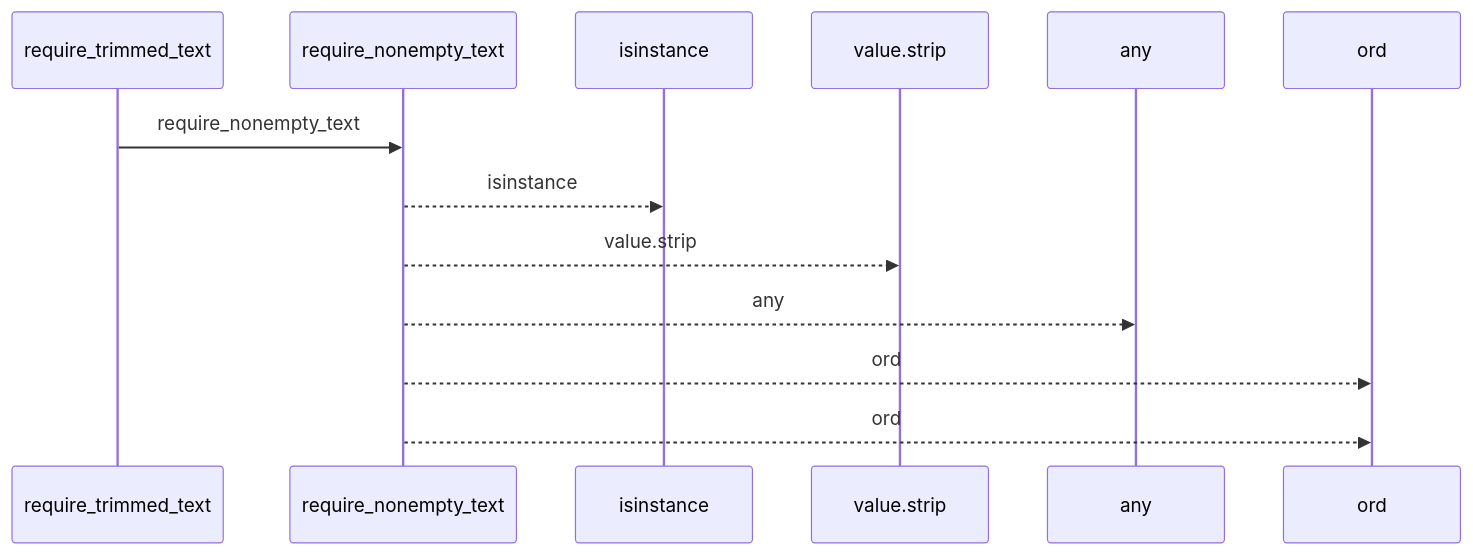
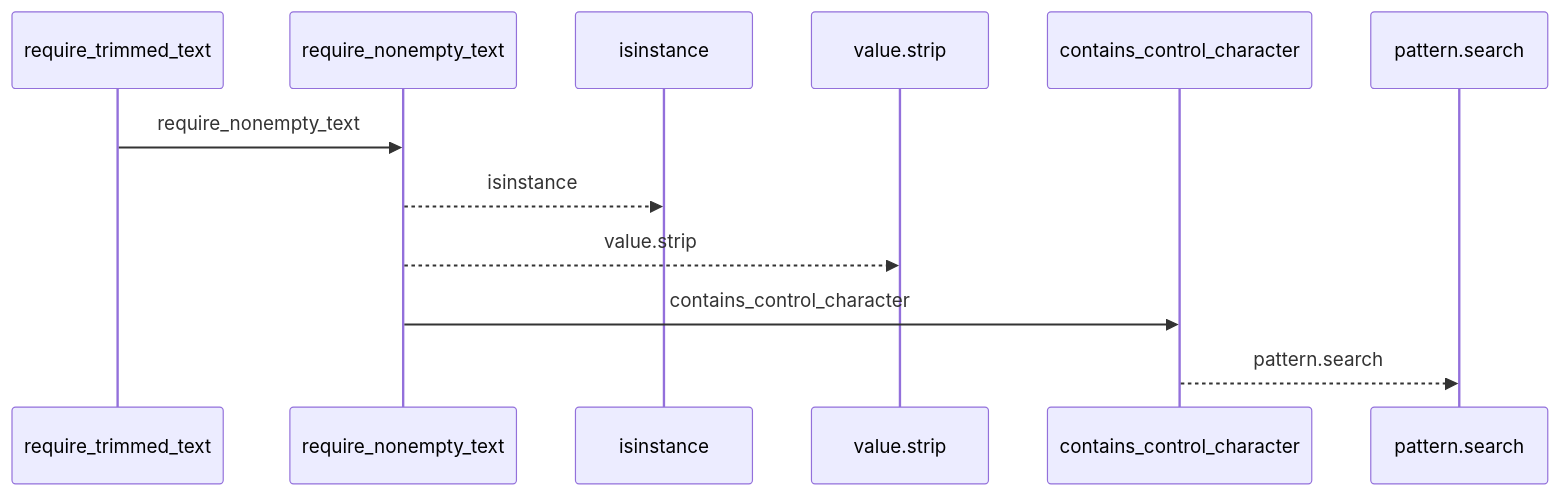
The first of 2 diagrams in docs/llm_wiki/flows/api-require_trimmed_text.md (Denissvgn/python-wiki-llm), drawn with Mermaid before and after one commit. The commit also changed other lines of this file and 865 other files, not shown here.

````diff
--- a/docs/llm_wiki/flows/api-require_trimmed_text.md
+++ b/docs/llm_wiki/flows/api-require_trimmed_text.md
@@ -10,15 +10,14 @@
 ```mermaid
 sequenceDiagram
     participant p0 as require_trimmed_text
     participant p1 as require_nonempty_text
     participant p2 as isinstance
     participant p3 as value.strip
-    participant p4 as any
-    participant p5 as ord
+    participant p4 as contains_control_character
+    participant p5 as pattern.search
     p0->>p1: require_nonempty_text
     p1-->>p2: isinstance
     p1-->>p3: value.strip
-    p1-->>p4: any
-    p1-->>p5: ord
-    p1-->>p5: ord
+    p1->>p4: contains_control_character
+    p4-->>p5: pattern.search
 ```
````
